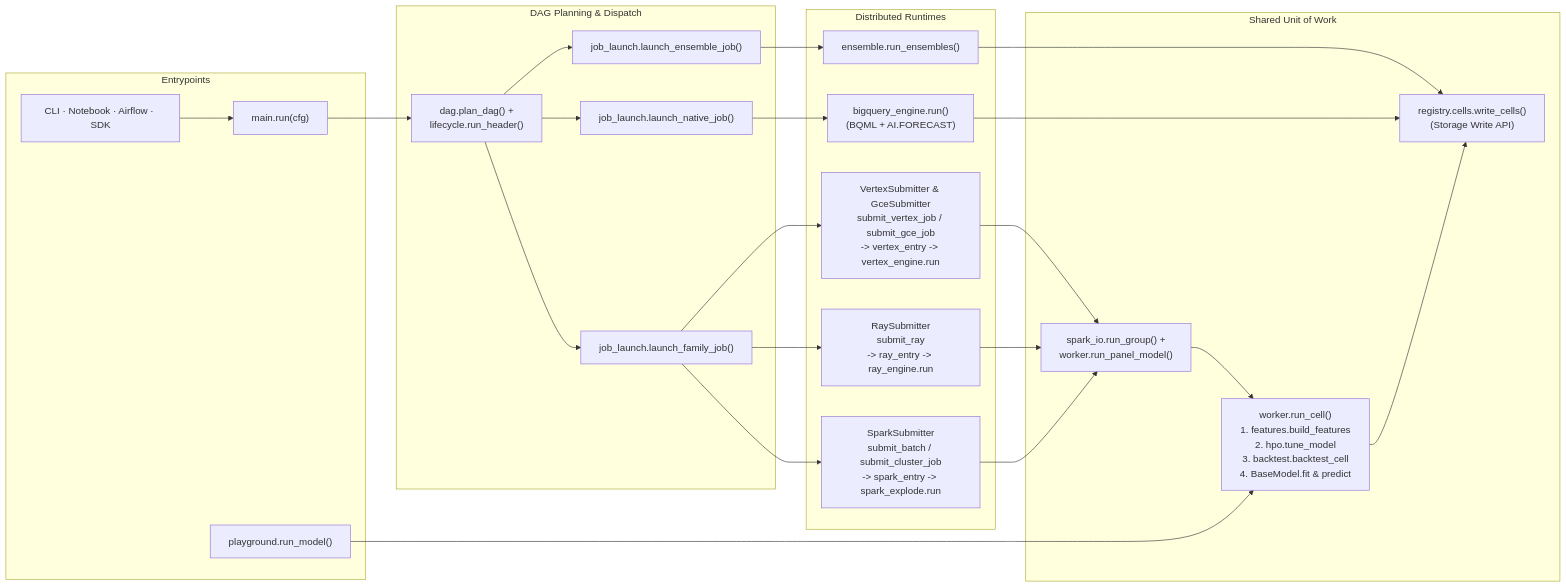
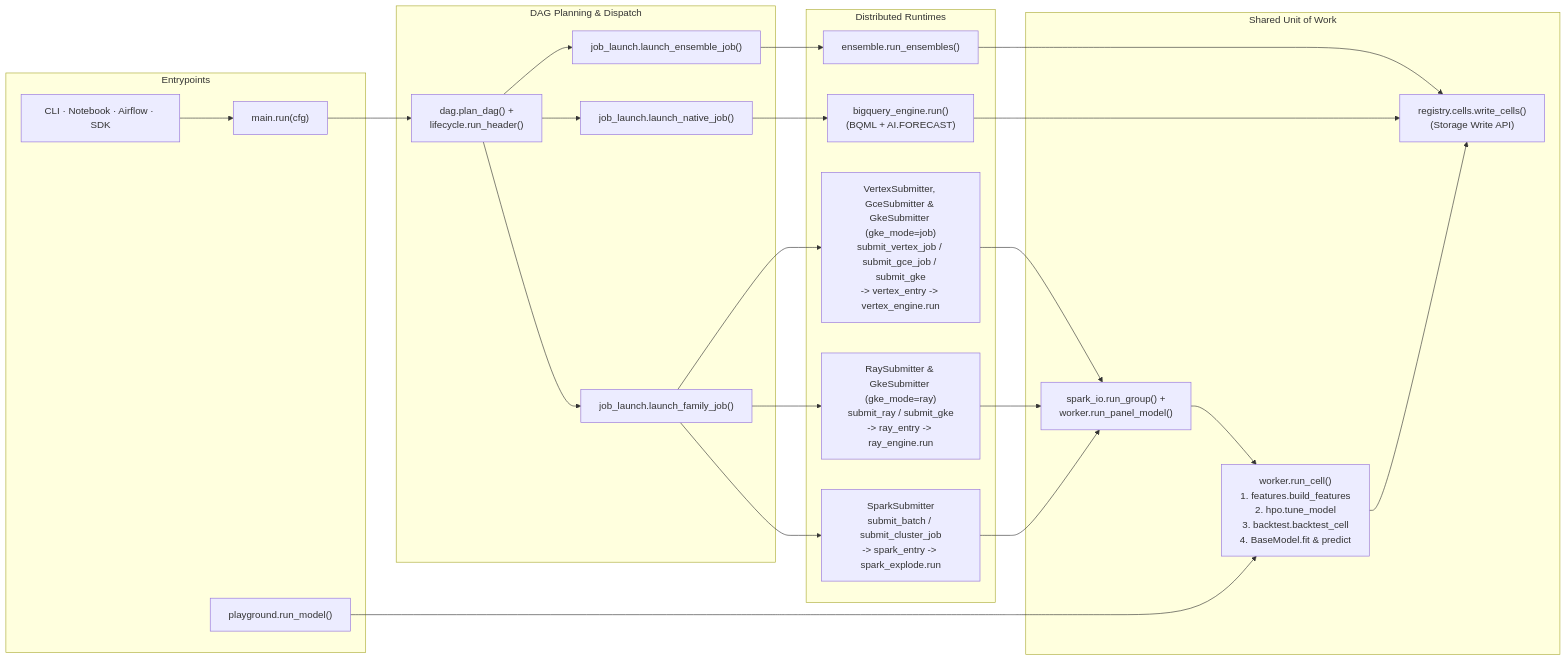
Before and after one commit to statmike/scale-forecasting: the second of 2 diagrams in docs/architecture.md, drawn with Mermaid. The commit also changed other lines of this file and 59 other files, not shown here.

Commit message:
feat(gke): add Google Kubernetes Engine (gke) runtime, Indexed Jobs, Ray-on-GKE, per-pod GPU scale-down, and runtimes reference

````diff
--- a/docs/architecture.md
+++ b/docs/architecture.md
@@ -414,28 +414,28 @@
 ```mermaid
 flowchart LR
     subgraph Entry["Entrypoints"]
         Caller["CLI · Notebook · Airflow · SDK"] --> MainRun["main.run(cfg)"]
         Play["playground.run_model()"]
     end
 
     subgraph Orchestration["DAG Planning & Dispatch"]
         MainRun --> PlanDag["dag.plan_dag() +\nlifecycle.run_header()"]
         PlanDag --> FamLaunch["job_launch.launch_family_job()"]
         PlanDag --> NatLaunch["job_launch.launch_native_job()"]
         PlanDag --> EnsLaunch["job_launch.launch_ensemble_job()"]
     end
 
     subgraph Runtimes["Distributed Runtimes"]
         FamLaunch --> SparkSub["SparkSubmitter\nsubmit_batch / submit_cluster_job\n-> spark_entry -> spark_explode.run"]
-        FamLaunch --> RaySub["RaySubmitter\nsubmit_ray\n-> ray_entry -> ray_engine.run"]
-        FamLaunch --> VtxSub["VertexSubmitter & GceSubmitter\nsubmit_vertex_job / submit_gce_job\n-> vertex_entry -> vertex_engine.run"]
+        FamLaunch --> RaySub["RaySubmitter & GkeSubmitter (gke_mode=ray)\nsubmit_ray / submit_gke\n-> ray_entry -> ray_engine.run"]
+        FamLaunch --> VtxSub["VertexSubmitter, GceSubmitter & GkeSubmitter (gke_mode=job)\nsubmit_vertex_job / submit_gce_job / submit_gke\n-> vertex_entry -> vertex_engine.run"]
         NatLaunch --> BQRun["bigquery_engine.run()\n(BQML + AI.FORECAST)"]
         EnsLaunch --> EnsRun["ensemble.run_ensembles()"]
     end
 
     subgraph Worker["Shared Unit of Work"]
         SparkSub & RaySub & VtxSub --> RunGroup["spark_io.run_group() +\nworker.run_panel_model()"]
         RunGroup & Play --> RunCell["worker.run_cell()\n1. features.build_features\n2. hpo.tune_model\n3. backtest.backtest_cell\n4. BaseModel.fit & predict"]
         RunCell & BQRun & EnsRun --> WriteCells["registry.cells.write_cells()\n(Storage Write API)"]
     end
 ```
````
